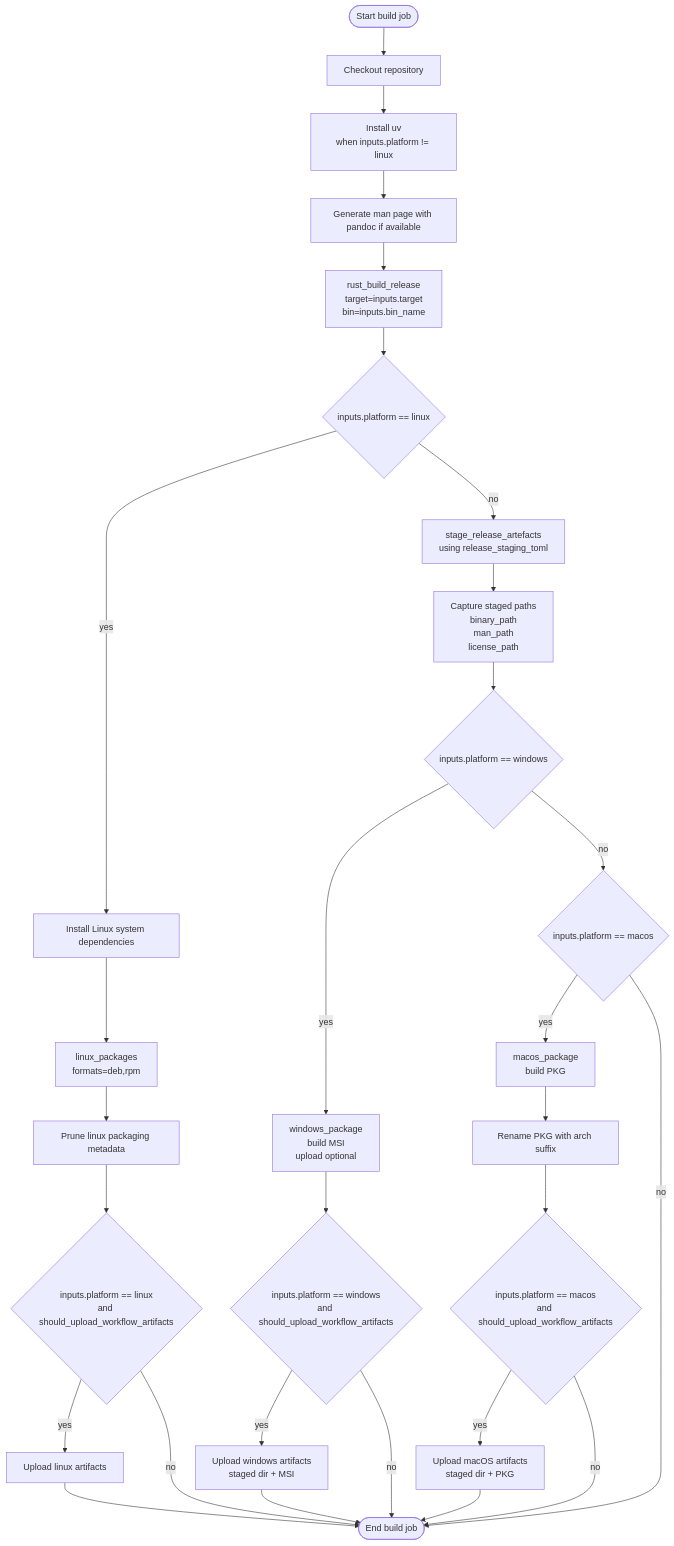
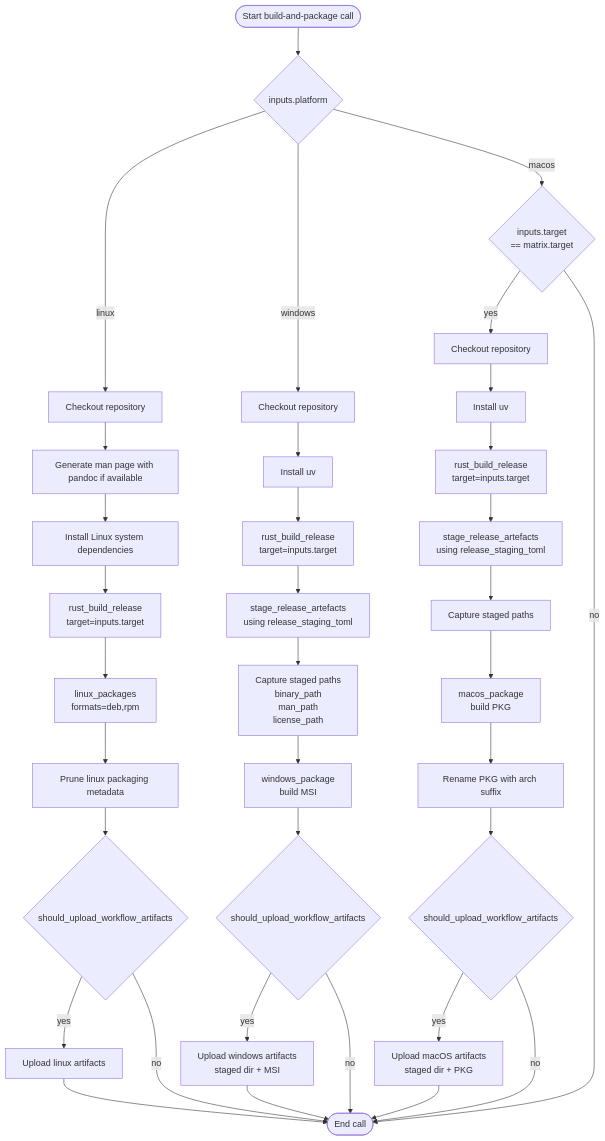
The sixth of 7 diagrams in docs/gauss-architecture-design.md (leynos/gauss), drawn with Mermaid before and after one commit. The commit also changed other lines of this file and 5 other files, not shown here.

````diff
--- a/docs/gauss-architecture-design.md
+++ b/docs/gauss-architecture-design.md
@@ -1913,54 +1931,44 @@
 ```mermaid
 flowchart TD
-  Start([Start build job])
-  Checkout[Checkout repository]
-  InstallUv["Install uv<br/>when inputs.platform != linux"]
-  GenMan[Generate man page with pandoc if available]
-  RustBuild["rust_build_release<br/>target=inputs.target<br/>bin=inputs.bin_name"]
+  Start([Start build-and-package call])
+  Pick{inputs.platform}
 
-  IsLinux{inputs.platform == linux}
-  LinuxDeps[Install Linux system dependencies]
-  LinuxPackages["linux_packages<br/>formats=deb,rpm"]
-  PruneLinux[Prune linux packaging metadata]
+  Start --> Pick
 
-  StageArtifacts["stage_release_artefacts<br/>using release_staging_toml"]
-  CapturePaths["Capture staged paths<br/>binary_path<br/>man_path<br/>license_path"]
+  Pick -- linux --> LCheckout[Checkout repository]
+  LCheckout --> LGenMan[Generate man page with pandoc if available]
+  LGenMan --> LDeps[Install Linux system dependencies]
+  LDeps --> LBuild["rust_build_release<br/>target=inputs.target"]
+  LBuild --> LPackages["linux_packages<br/>formats=deb,rpm"]
+  LPackages --> LPrune[Prune linux packaging metadata]
+  LPrune --> LUpload{"should_upload_workflow_artifacts"}
+  LUpload -- yes --> LUploadStep[Upload linux artifacts]
+  LUpload -- no --> End([End call])
 
-  IsWindows{inputs.platform == windows}
-  WindowsPkg["windows_package<br/>build MSI<br/>upload optional"]
+  Pick -- windows --> WCheckout[Checkout repository]
+  WCheckout --> WUv[Install uv]
+  WUv --> WBuild["rust_build_release<br/>target=inputs.target"]
+  WBuild --> WStage["stage_release_artefacts<br/>using release_staging_toml"]
+  WStage --> WCapture["Capture staged paths<br/>binary_path<br/>man_path<br/>license_path"]
+  WCapture --> WPkg["windows_package<br/>build MSI"]
+  WPkg --> WUpload{"should_upload_workflow_artifacts"}
+  WUpload -- yes --> WUploadStep["Upload windows artifacts<br/>staged dir + MSI"]
+  WUpload -- no --> End
 
-  IsMacos{inputs.platform == macos}
-  MacosPkg["macos_package<br/>build PKG"]
-  RenamePkg[Rename PKG with arch suffix]
+  Pick -- macos --> MRow{inputs.target<br/>== matrix.target}
+  MRow -- yes --> MCheckout[Checkout repository]
+  MCheckout --> MUv[Install uv]
+  MUv --> MBuild["rust_build_release<br/>target=inputs.target"]
+  MBuild --> MStage["stage_release_artefacts<br/>using release_staging_toml"]
+  MStage --> MCapture[Capture staged paths]
+  MCapture --> MPkg["macos_package<br/>build PKG"]
+  MPkg --> MRename[Rename PKG with arch suffix]
+  MRename --> MUpload{"should_upload_workflow_artifacts"}
+  MUpload -- yes --> MUploadStep["Upload macOS artifacts<br/>staged dir + PKG"]
+  MUpload -- no --> End
+  MRow -- no --> End
 
-  UploadLinux{"inputs.platform == linux<br/>and should_upload_workflow_artifacts"}
-  UploadWindows{"inputs.platform == windows<br/>and should_upload_workflow_artifacts"}
-  UploadMacos{"inputs.platform == macos<br/>and should_upload_workflow_artifacts"}
-
-  UploadLinuxStep[Upload linux artifacts]
-  UploadWindowsStep["Upload windows artifacts<br/>staged dir + MSI"]
-  UploadMacosStep["Upload macOS artifacts<br/>staged dir + PKG"]
-
-  End([End build job])
-
-  Start --> Checkout --> InstallUv
-  InstallUv --> GenMan --> RustBuild --> IsLinux
-
-  IsLinux -- yes --> LinuxDeps --> LinuxPackages --> PruneLinux --> UploadLinux
-  IsLinux -- no --> StageArtifacts --> CapturePaths --> IsWindows
-
-  IsWindows -- yes --> WindowsPkg --> UploadWindows
-  IsWindows -- no --> IsMacos
-
-  IsMacos -- yes --> MacosPkg --> RenamePkg --> UploadMacos
-  IsMacos -- no --> End
-
-  UploadLinux -- yes --> UploadLinuxStep --> End
-  UploadLinux -- no --> End
-
-  UploadWindows -- yes --> UploadWindowsStep --> End
-  UploadWindows -- no --> End
-
-  UploadMacos -- yes --> UploadMacosStep --> End
-  UploadMacos -- no --> End
+  LUploadStep --> End
+  WUploadStep --> End
+  MUploadStep --> End
 ```
````
